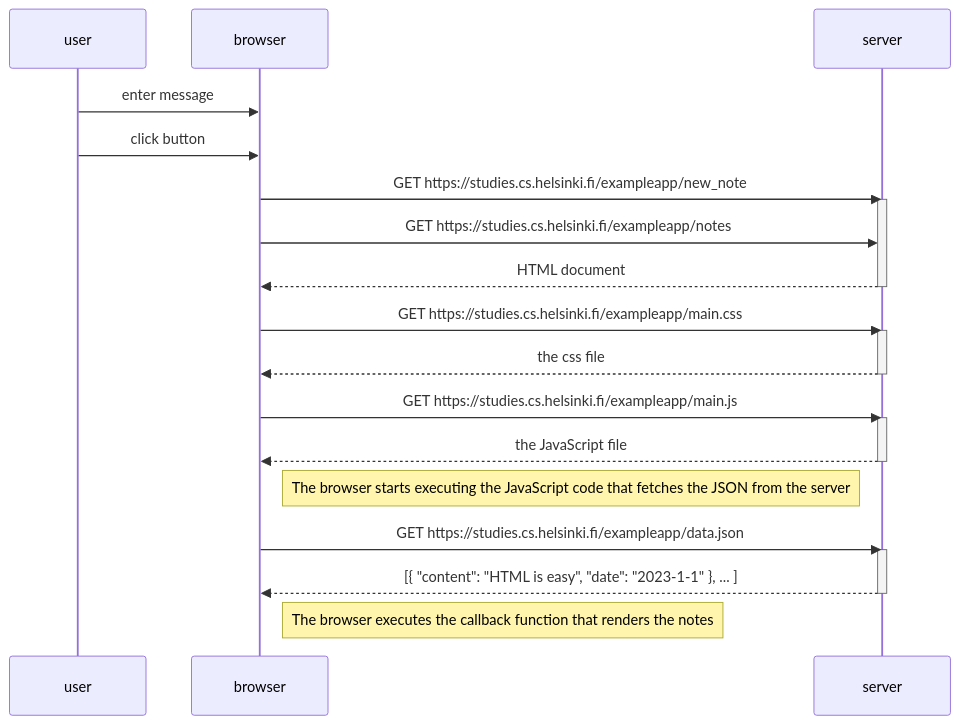
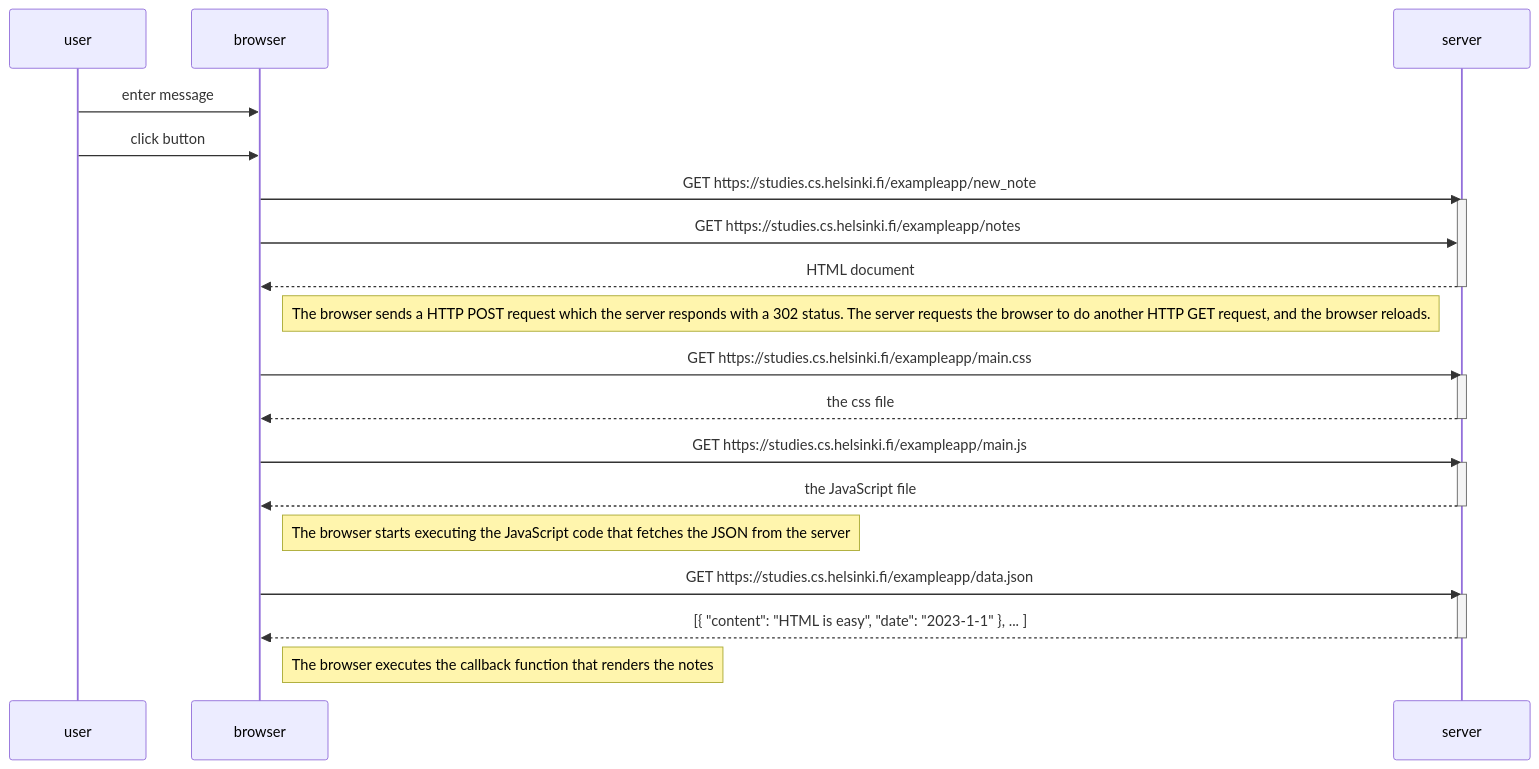
One commit to tam-nguyen-3/fullstackopen-2023 changed the diagram in part0/exercise4.md. Above: the diagram before and after it, drawn with Mermaid.

````diff
--- a/part0/exercise4.md
+++ b/part0/exercise4.md
@@ -1,33 +1,35 @@
 ```mermaid
 sequenceDiagram
     participant user
     participant browser
     participant server
     
     user->>browser: enter message
     user->>browser: click button
     browser->>server: GET https://studies.cs.helsinki.fi/exampleapp/new_note
     activate server
     browser->>server: GET https://studies.cs.helsinki.fi/exampleapp/notes
     server-->>browser: HTML document
     deactivate server
 
+    Note right of browser: The browser sends a HTTP POST request which the server responds with a 302 status. The server requests the browser to do another HTTP GET request, and the browser reloads.
+    
     browser->>server: GET https://studies.cs.helsinki.fi/exampleapp/main.css
     activate server
     server-->>browser: the css file
     deactivate server
 
     browser->>server: GET https://studies.cs.helsinki.fi/exampleapp/main.js
     activate server
     server-->>browser: the JavaScript file
     deactivate server
 
     Note right of browser: The browser starts executing the JavaScript code that fetches the JSON from the server
 
     browser->>server: GET https://studies.cs.helsinki.fi/exampleapp/data.json
     activate server
     server-->>browser: [{ "content": "HTML is easy", "date": "2023-1-1" }, ... ]
     deactivate server
 
     Note right of browser: The browser executes the callback function that renders the notes
 ```
````
